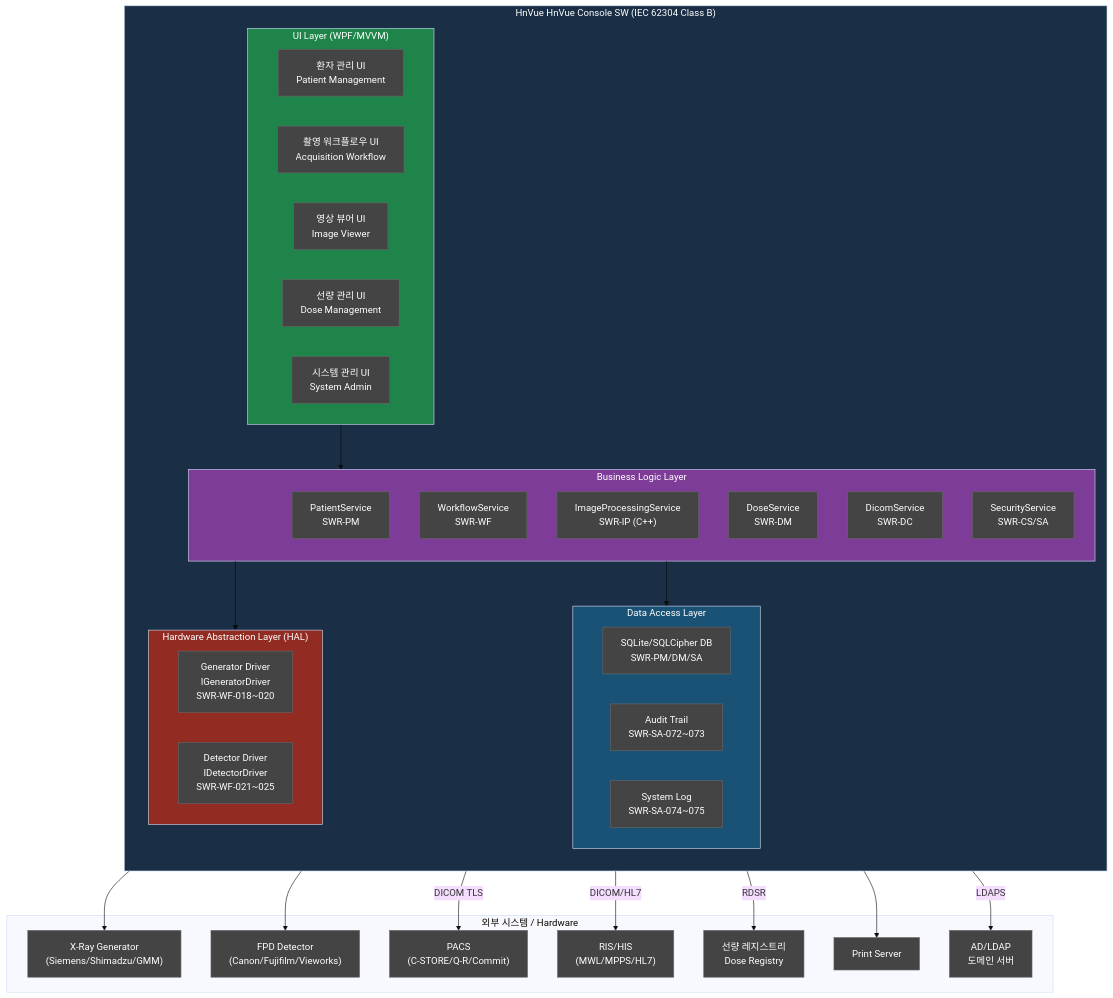
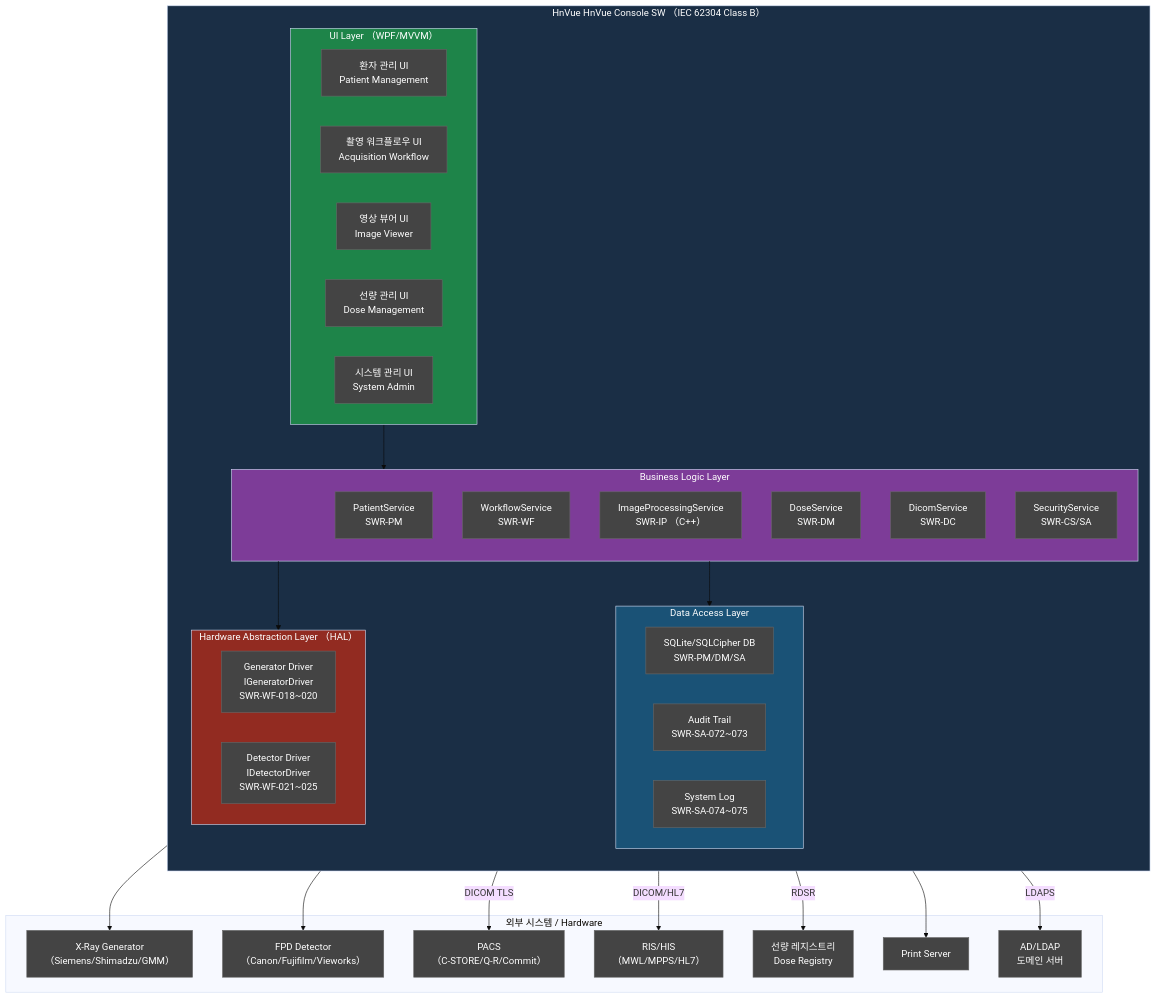
Before and after one commit to holee9/console-gui: the second of 6 diagrams in docs/planning/DOC-005_SRS_v2.0.md, drawn with Mermaid (base theme). The commit also changed other lines of this file and 22 other files, not shown here.

First line of the commit message:
fix: Mermaid flowchart 노드 내 괄호 파싱 오류 전면 수정

````diff
--- a/docs/planning/DOC-005_SRS_v2.0.md
+++ b/docs/planning/DOC-005_SRS_v2.0.md
@@ -165,61 +165,61 @@
 ```mermaid
 graph TB
     classDef default fill:#444,stroke:#666,color:#fff
-    subgraph HnVue["HnVue HnVue Console SW (IEC 62304 Class B)"]
+    subgraph HnVue["HnVue HnVue Console SW （IEC 62304 Class B）"]
         direction TB
-        subgraph UI["UI Layer (WPF/MVVM)"]
+        subgraph UI["UI Layer （WPF/MVVM）"]
             PM_UI["환자 관리 UI\nPatient Management"]
             WF_UI["촬영 워크플로우 UI\nAcquisition Workflow"]
             IP_UI["영상 뷰어 UI\nImage Viewer"]
             DM_UI["선량 관리 UI\nDose Management"]
             SA_UI["시스템 관리 UI\nSystem Admin"]
         end
 
         subgraph BL["Business Logic Layer"]
             PM_SVC["PatientService\nSWR-PM"]
             WF_SVC["WorkflowService\nSWR-WF"]
-            IP_SVC["ImageProcessingService\nSWR-IP (C++)"]
+            IP_SVC["ImageProcessingService\nSWR-IP （C++）"]
             DM_SVC["DoseService\nSWR-DM"]
             DC_SVC["DicomService\nSWR-DC"]
             CS_SVC["SecurityService\nSWR-CS/SA"]
         end
 
         subgraph DAL["Data Access Layer"]
             DB["SQLite/SQLCipher DB\nSWR-PM/DM/SA"]
             AUDIT["Audit Trail\nSWR-SA-072~073"]
             LOG["System Log\nSWR-SA-074~075"]
         end
 
-        subgraph HAL["Hardware Abstraction Layer (HAL)"]
+        subgraph HAL["Hardware Abstraction Layer （HAL）"]
             GEN_DRV["Generator Driver\nIGeneratorDriver\nSWR-WF-018~020"]
             DET_DRV["Detector Driver\nIDetectorDriver\nSWR-WF-021~025"]
         end
     end
 
     subgraph External["외부 시스템 / Hardware"]
-        GEN["X-Ray Generator\n(Siemens/Shimadzu/GMM)"]
-        DET["FPD Detector\n(Canon/Fujifilm/Vieworks)"]
-        PACS["PACS\n(C-STORE/Q-R/Commit)"]
-        RIS["RIS/HIS\n(MWL/MPPS/HL7)"]
+        GEN["X-Ray Generator\n（Siemens/Shimadzu/GMM）"]
+        DET["FPD Detector\n（Canon/Fujifilm/Vieworks）"]
+        PACS["PACS\n（C-STORE/Q-R/Commit）"]
+        RIS["RIS/HIS\n（MWL/MPPS/HL7）"]
         DOSE_REG["선량 레지스트리\nDose Registry"]
         PRINT["Print Server"]
         AD["AD/LDAP\n도메인 서버"]
     end
 
     UI --> BL
     BL --> DAL
     BL --> HAL
     HAL --> GEN
     HAL --> DET
     DC_SVC -->|"DICOM TLS"| PACS
     DC_SVC -->|"DICOM/HL7"| RIS
     DC_SVC -->|"RDSR"| DOSE_REG
     DC_SVC --> PRINT
     CS_SVC -->|"LDAPS"| AD
 
     style HnVue fill:#1a2e45,color:#fff
     style UI fill:#1e8449,color:#fff
     style BL fill:#7d3c98,color:#fff
     style DAL fill:#1a5276,color:#fff
     style HAL fill:#922b21,color:#fff
 ```
````
